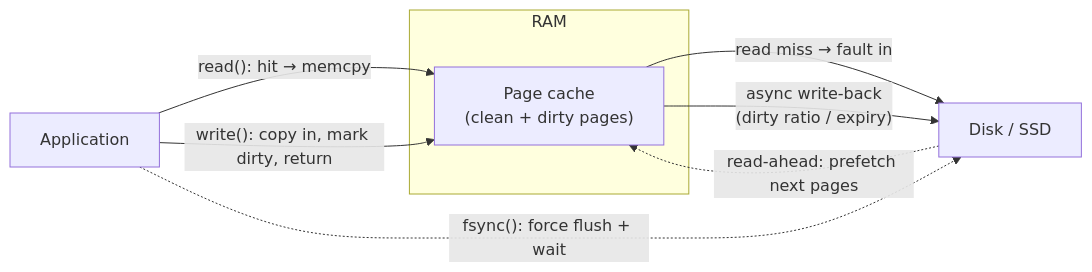
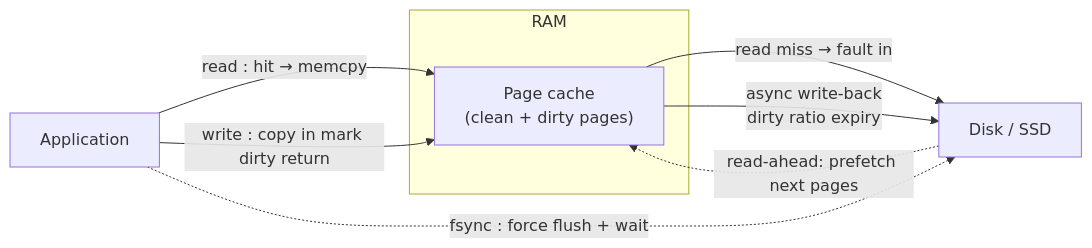
The second of 7 diagrams in vol-02-operating-systems-linux/ch04-memory-practice.md (bumbsclaw/textbooks), drawn with Mermaid before and after one commit. The commit also changed other lines of this file and 173 other files, not shown here.

First line of the commit message:
fix(mermaid): close note brackets, semicolons in Notes, stateDiagram br -> dash, edge parens

````diff
--- a/vol-02-operating-systems-linux/ch04-memory-practice.md
+++ b/vol-02-operating-systems-linux/ch04-memory-practice.md
@@ -202,15 +202,15 @@
 ```mermaid
 flowchart LR
   APP["Application"]
   subgraph RAM["RAM"]
     PC["Page cache<br/>(clean + dirty pages)"]
   end
   DISK["Disk / SSD"]
 
-  APP -->|"read(): hit → memcpy"| PC
+  APP -->|"read : hit → memcpy"| PC
   PC -->|"read miss → fault in"| DISK
-  APP -->|"write(): copy in, mark dirty, return"| PC
-  PC -->|"async write-back<br/>(dirty ratio / expiry)"| DISK
-  APP -.->|"fsync(): force flush + wait"| DISK
+  APP -->|"write : copy in mark dirty return"| PC
+  PC -->|"async write-back<br > dirty ratio expiry "| DISK
+  APP -.->|"fsync : force flush + wait"| DISK
   DISK -.->|"read-ahead: prefetch next pages"| PC
 ```
````
